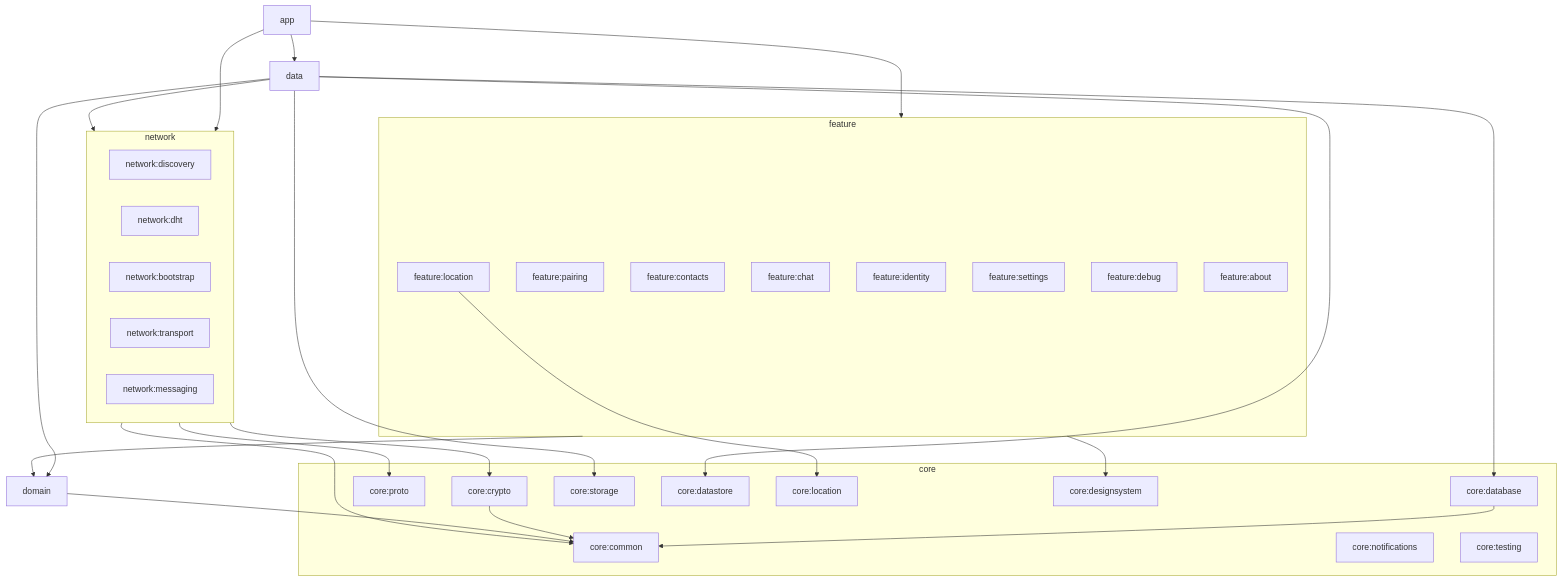
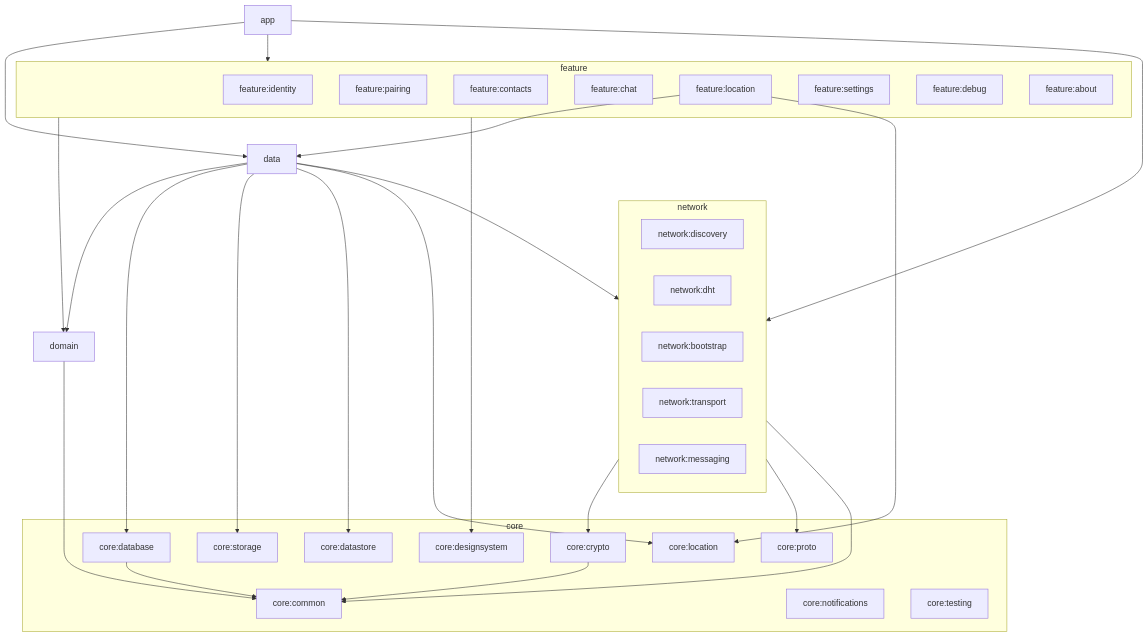
One commit to 0xAsghar/vMessenger changed the diagram in docs/FolderStructure.md. Above: the diagram before and after it, drawn with Mermaid. The commit also changed other lines of this file and 13 other files, not shown here.

````diff
--- a/docs/FolderStructure.md
+++ b/docs/FolderStructure.md
@@ -20,57 +20,59 @@
 ```mermaid
 flowchart TD
   app["app"]
 
   subgraph featureLayer [feature]
     fIdentity["feature:identity"]
     fPairing["feature:pairing"]
     fContacts["feature:contacts"]
     fChat["feature:chat"]
     fLocation["feature:location"]
     fSettings["feature:settings"]
     fDebug["feature:debug"]
     fAbout["feature:about"]
   end
 
   domain["domain"]
   data["data"]
 
   subgraph networkLayer [network]
     nDisc["network:discovery"]
     nDht["network:dht"]
     nBoot["network:bootstrap"]
     nTrans["network:transport"]
     nMsg["network:messaging"]
   end
 
   subgraph coreLayer [core]
     cCommon["core:common"]
     cCrypto["core:crypto"]
     cProto["core:proto"]
     cDb["core:database"]
     cStore["core:storage"]
     cData2["core:datastore"]
     cLoc["core:location"]
     cNotif["core:notifications"]
     cDesign["core:designsystem"]
     cTest["core:testing"]
   end
 
   app --> featureLayer
   app --> data
   app --> networkLayer
   featureLayer --> domain
   featureLayer --> cDesign
   data --> domain
   data --> networkLayer
   data --> cDb
   data --> cStore
   data --> cData2
+  data --> cLoc
+  fLocation --> data
   fLocation --> cLoc
   networkLayer --> cCrypto
   networkLayer --> cProto
   networkLayer --> cCommon
   cDb --> cCommon
   cCrypto --> cCommon
   domain --> cCommon
 ```
````
